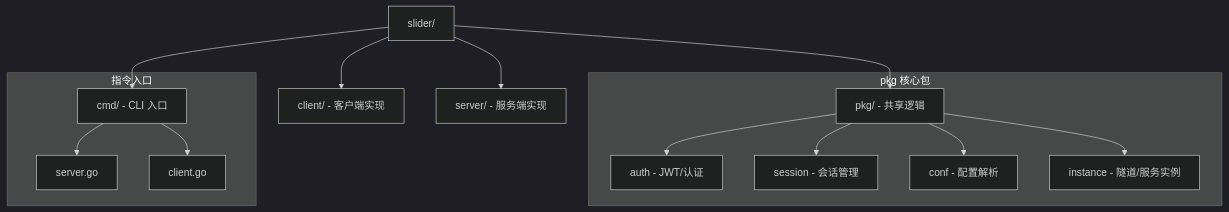
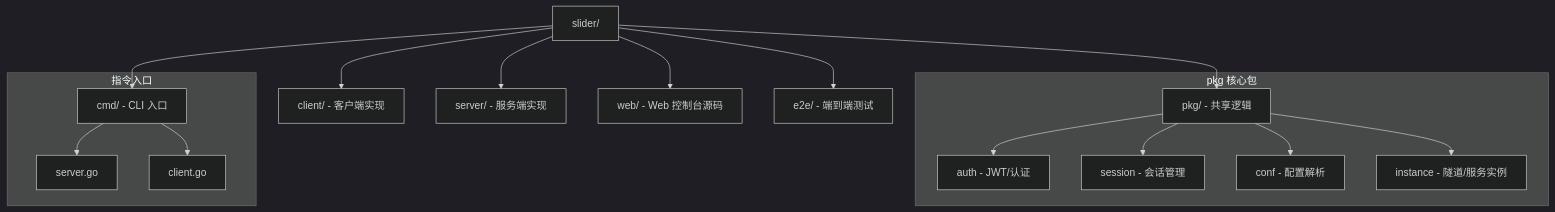
The second of 6 diagrams in .trae/deepwiki/开发指南与贡献流程.md (fuzzbuster/slider), drawn with Mermaid (dark theme) before and after one commit. The commit also changed other lines of this file and 17 other files, not shown here.

````diff
--- a/.trae/deepwiki/开发指南与贡献流程.md
+++ b/.trae/deepwiki/开发指南与贡献流程.md
@@ -66,19 +76,21 @@
 ```mermaid
 graph TD
     Root[slider/] --> CMD[cmd/ - CLI 入口]
     Root --> PKG[pkg/ - 共享逻辑]
     Root --> CLIENT[client/ - 客户端实现]
     Root --> SERVER[server/ - 服务端实现]
+    Root --> WEB[web/ - Web 控制台源码]
+    Root --> E2E[e2e/ - 端到端测试]
 
     subgraph "pkg 核心包"
         PKG --> AUTH[auth - JWT/认证]
         PKG --> SESSION[session - 会话管理]
         PKG --> CONF[conf - 配置解析]
         PKG --> INSTANCE[instance - 隧道/服务实例]
     end
 
     subgraph "指令入口"
         CMD --> S_CMD[server.go]
         CMD --> C_CMD[client.go]
     end
 ```
````
